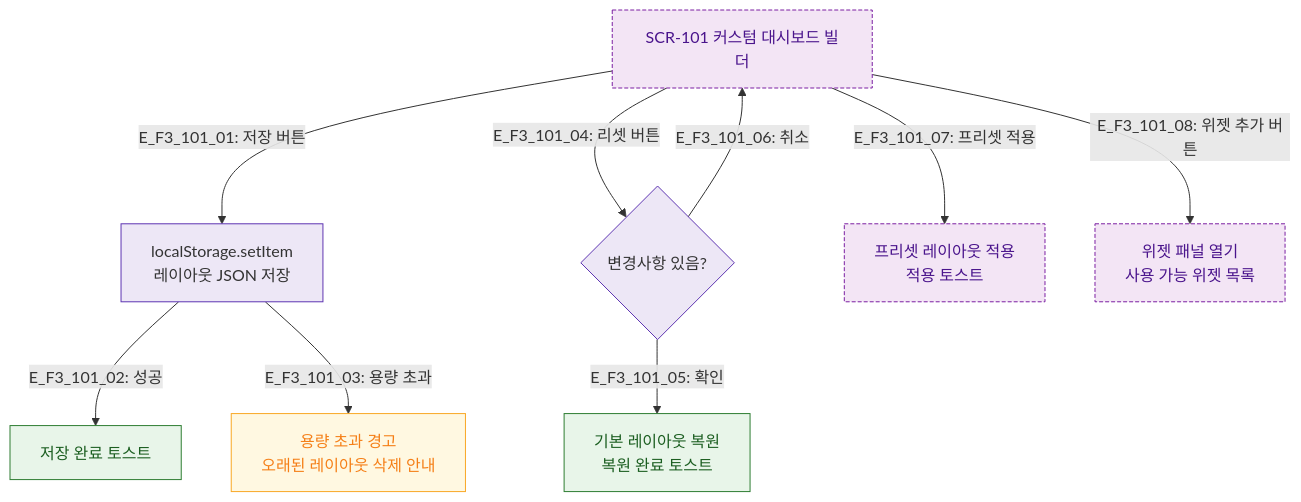
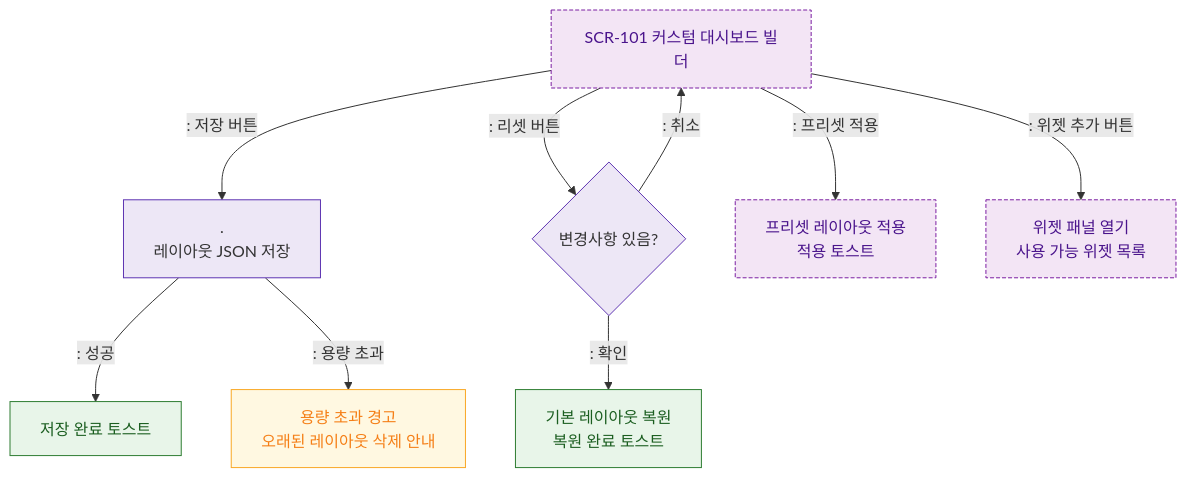
The diagram in docs/다이어그램/D10_본사관리/SCR-101_커스텀대시보드빌더/F3_버튼액션.md (dev-spogym/admin-pando), drawn with Mermaid before and after one commit. The commit also changed other lines of this file and 1660 other files, not shown here.

First line of the commit message:
다이어그램: 기획자/클라이언트 납품본으로 정리

````diff
--- a/docs/다이어그램/D10_본사관리/SCR-101_커스텀대시보드빌더/F3_버튼액션.md
+++ b/docs/다이어그램/D10_본사관리/SCR-101_커스텀대시보드빌더/F3_버튼액션.md
@@ -14,26 +12,26 @@
 ```mermaid
 flowchart TD
     SCR101[SCR-101 커스텀 대시보드 빌더]
 
-    SCR101 -->|"E_F3_101_01: 저장 버튼"| SaveReq[localStorage.setItem\n레이아웃 JSON 저장]
-    SaveReq -->|"E_F3_101_02: 성공"| SaveOK[저장 완료 토스트]
-    SaveReq -->|"E_F3_101_03: 용량 초과"| E_Storage[용량 초과 경고\n오래된 레이아웃 삭제 안내]
+    SCR101 -->|": 저장 버튼"|SaveReq[.\n레이아웃 JSON 저장]
+    SaveReq -->|": 성공"|SaveOK[저장 완료 토스트]
+    SaveReq -->|": 용량 초과"|E_Storage[용량 초과 경고\n오래된 레이아웃 삭제 안내]
 
-    SCR101 -->|"E_F3_101_04: 리셋 버튼"| ResetConfirm{변경사항 있음?}
-    ResetConfirm -->|"E_F3_101_05: 확인"| ResetOK[기본 레이아웃 복원\n복원 완료 토스트]
-    ResetConfirm -->|"E_F3_101_06: 취소"| SCR101
+    SCR101 -->|": 리셋 버튼"|ResetConfirm{변경사항 있음?}
+    ResetConfirm -->|": 확인"|ResetOK[기본 레이아웃 복원\n복원 완료 토스트]
+    ResetConfirm -->|": 취소"|SCR101
 
-    SCR101 -->|"E_F3_101_07: 프리셋 적용"| PresetApply[프리셋 레이아웃 적용\n적용 토스트]
-    SCR101 -->|"E_F3_101_08: 위젯 추가 버튼"| OpenPanel[위젯 패널 열기\n사용 가능 위젯 목록]
+    SCR101 -->|": 프리셋 적용"|PresetApply[프리셋 레이아웃 적용\n적용 토스트]
+    SCR101 -->|": 위젯 추가 버튼"|OpenPanel[위젯 패널 열기\n사용 가능 위젯 목록]
 
     classDef screen fill:#E3F2FD,stroke:#1976D2,color:#0D47A1
     classDef newFeature fill:#F3E5F5,stroke:#7B1FA2,color:#4A148C,stroke-dasharray:4 2
     classDef success fill:#E8F5E9,stroke:#2E7D32,color:#1B5E20
     classDef warning fill:#FFF8E1,stroke:#F9A825,color:#F57F17
     classDef system fill:#EDE7F6,stroke:#5E35B2
     class SCR101 newFeature
     class OpenPanel,PresetApply newFeature
     class SaveOK,ResetOK success
     class E_Storage warning
     class SaveReq,ResetConfirm system
 ```
````
